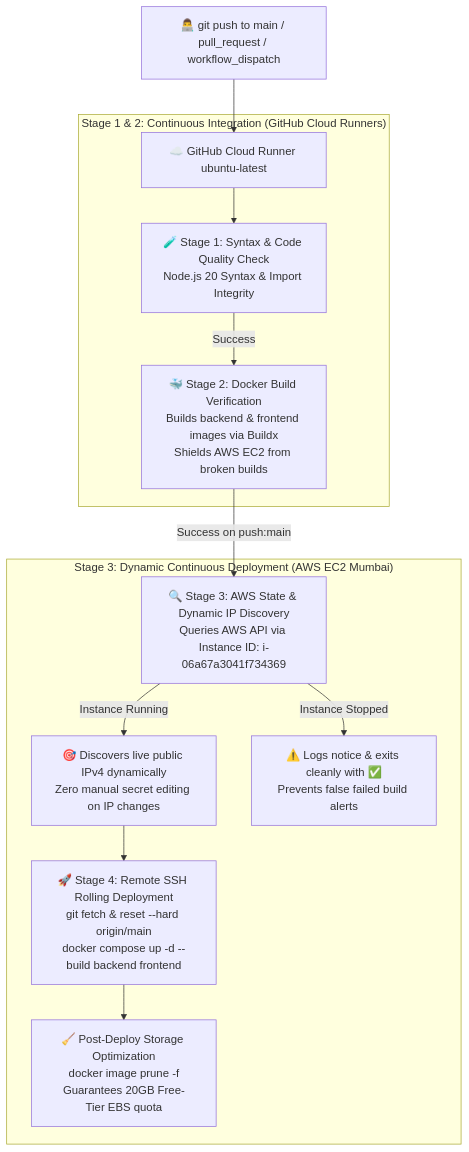
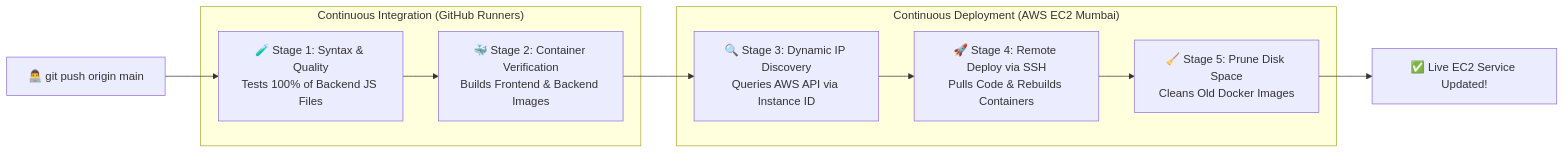
Before and after one commit to ajaygangwar945/EduVibe-LMS: the third of 3 diagrams in README.md, drawn with Mermaid. The commit also changed other lines of this file, not shown here.

Commit message:
docs: rewrite README in simple language with comprehensive architecture diagrams

````diff
--- a/README.md
+++ b/README.md
@@ -128,17 +127,16 @@
 ```mermaid
-flowchart TD
-    A[👨‍💻 git push to main / pull_request / workflow_dispatch] --> B[☁️ GitHub Cloud Runner ubuntu-latest]
+flowchart LR
+    Push["👨‍💻 git push origin main"] --> Stage1
     
-    subgraph CI["Stage 1 & 2: Continuous Integration (GitHub Cloud Runners)"]
-        B --> C[🧪 Stage 1: Syntax & Code Quality Check<br/>Node.js 20 Syntax & Import Integrity]
-        C -->|Success| D[🐳 Stage 2: Docker Build Verification<br/>Builds backend & frontend images via Buildx<br/>Shields AWS EC2 from broken builds]
+    subgraph CI["Continuous Integration (GitHub Runners)"]
+        Stage1["🧪 Stage 1: Syntax & Quality<br/>Tests 100% of Backend JS Files"] --> Stage2["🐳 Stage 2: Container Verification<br/>Builds Frontend & Backend Images"]
     end
-    
-    subgraph CD["Stage 3: Dynamic Continuous Deployment (AWS EC2 Mumbai)"]
-        D -->|Success on push:main| E[🔍 Stage 3: AWS State & Dynamic IP Discovery<br/>Queries AWS API via Instance ID: i-06a67a3041f734369]
-        E -->|Instance Running| F[🎯 Discovers live public IPv4 dynamically<br/>Zero manual secret editing on IP changes]
-        E -->|Instance Stopped| G[⚠️ Logs notice & exits cleanly with ✅<br/>Prevents false failed build alerts]
-        F --> H[🚀 Stage 4: Remote SSH Rolling Deployment<br/>git fetch & reset --hard origin/main<br/>docker compose up -d --build backend frontend]
-        H --> I[🧹 Post-Deploy Storage Optimization<br/>docker image prune -f<br/>Guarantees 20GB Free-Tier EBS quota]
+
+    subgraph CD["Continuous Deployment (AWS EC2 Mumbai)"]
+        Stage2 --> Stage3["🔍 Stage 3: Dynamic IP Discovery<br/>Queries AWS API via Instance ID"]
+        Stage3 --> Stage4["🚀 Stage 4: Remote Deploy via SSH<br/>Pulls Code & Rebuilds Containers"]
+        Stage4 --> Stage5["🧹 Stage 5: Prune Disk Space<br/>Cleans Old Docker Images"]
     end
+
+    Stage5 --> Live["✅ Live EC2 Service Updated!"]
 ```
````
